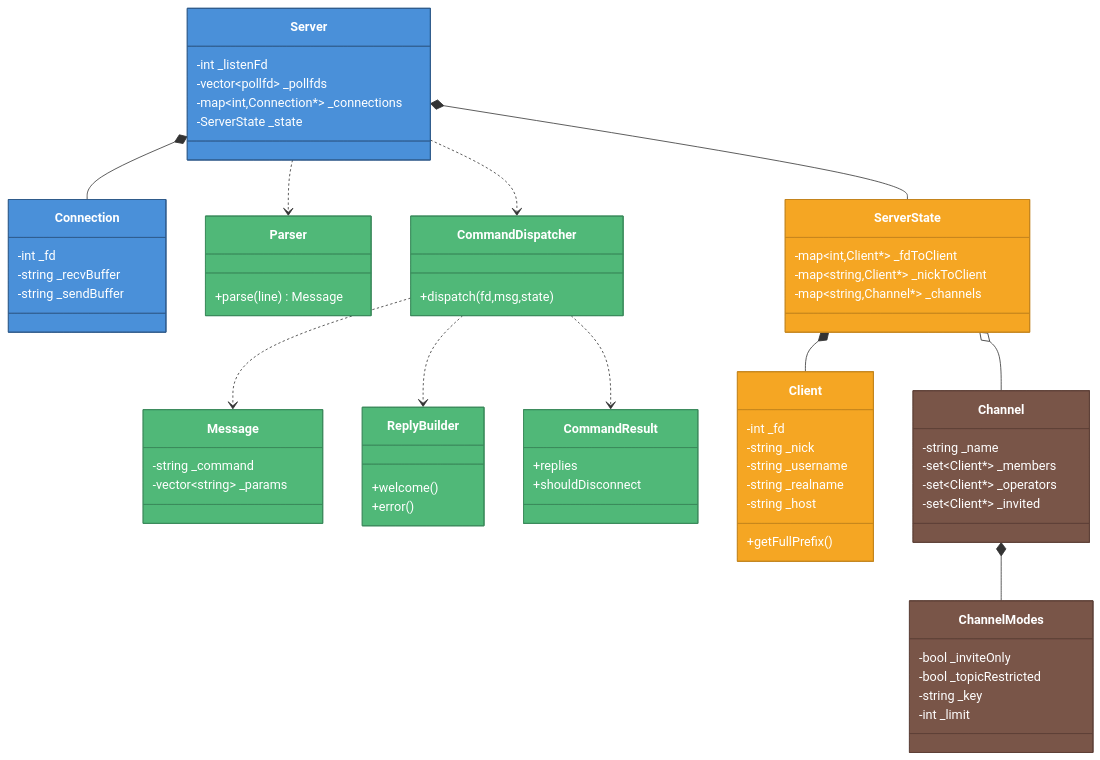
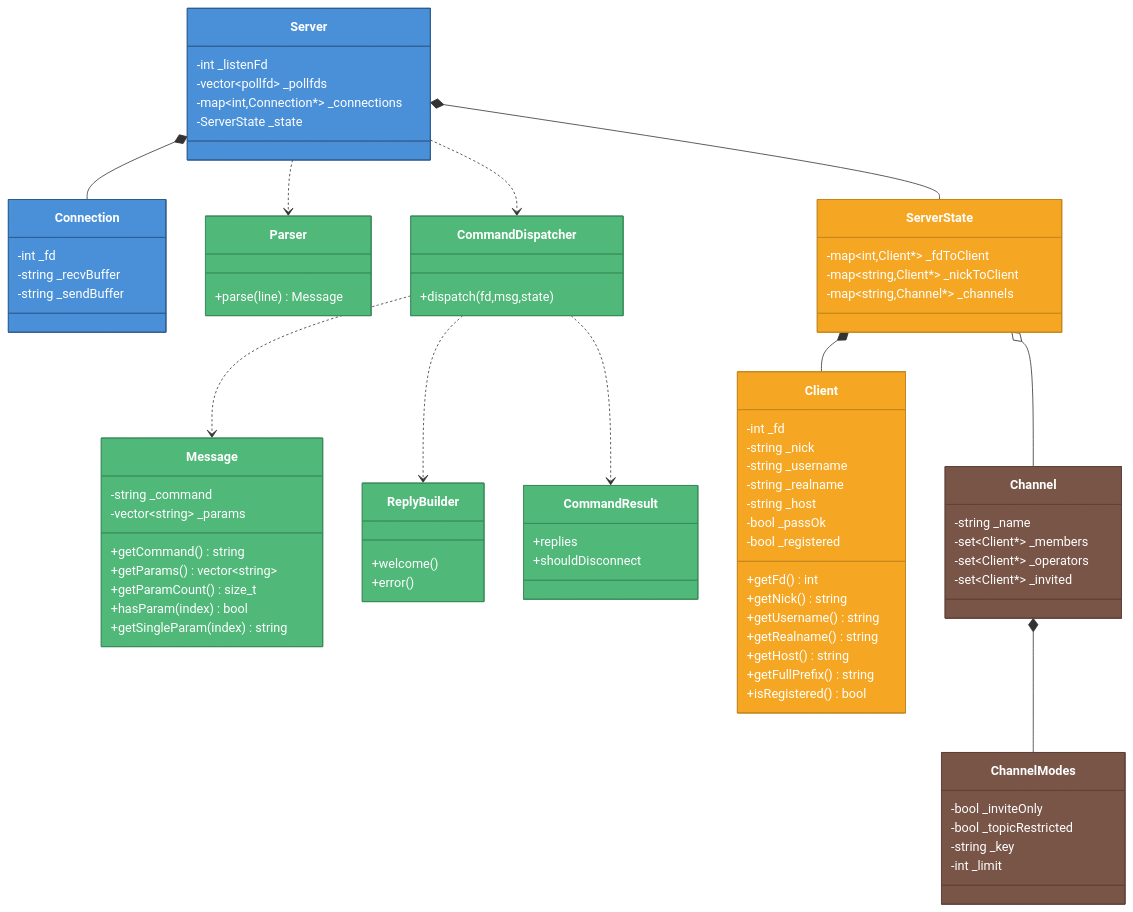
Before and after one commit to tototec1234/IRC: the first of 4 diagrams in dev_docs/diagrams/comparison/class_comparison_diagram.md, drawn with Mermaid. The commit also changed 6 other files, not shown here.

```diff
--- a/dev_docs/diagrams/comparison/class_comparison_diagram.md
+++ b/dev_docs/diagrams/comparison/class_comparison_diagram.md
@@ -47,6 +47,11 @@
     class Message {
         -string _command
         -vector~string~ _params
+        +getCommand() string
+        +getParams() vector~string~
+        +getParamCount() size_t
+        +hasParam(index) bool
+        +getSingleParam(index) string
     }
     
     class CommandDispatcher {
@@ -69,7 +74,15 @@
         -string _username
         -string _realname
         -string _host
-        +getFullPrefix()
+        -bool _passOk
+        -bool _registered
+        +getFd() int
+        +getNick() string
+        +getUsername() string
+        +getRealname() string
+        +getHost() string
+        +getFullPrefix() string
+        +isRegistered() bool
     }
     
     class ServerState {
```
